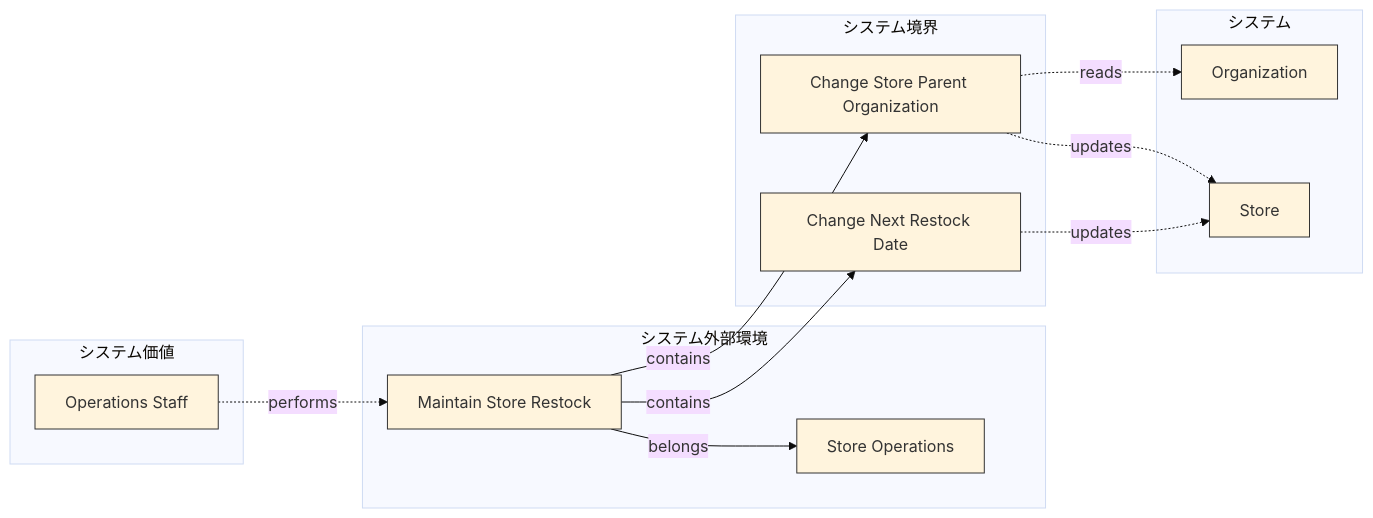
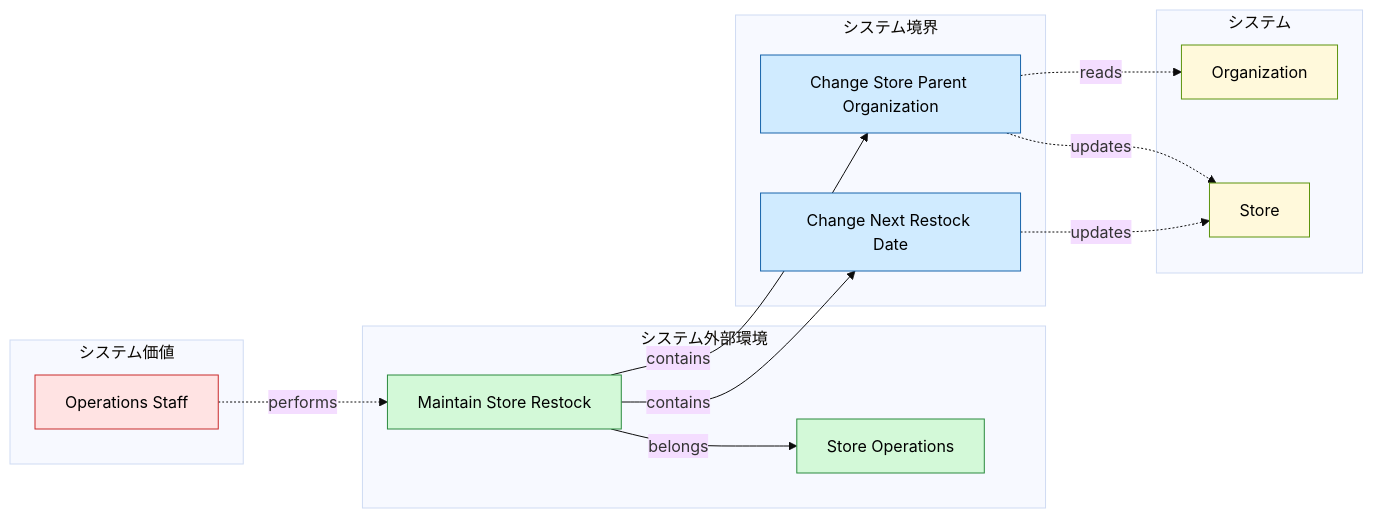
One commit to manji-0/rdra-ish-dsl changed the first of 2 diagrams in samples/incremental-order/step-2-data-touchpoints/design.md. Above: the diagram before and after it, drawn with Mermaid (base theme). The commit also changed 76 other files, not shown here.

First line of the commit message:
feat(cli): colour each RDRA element family in the flowchart diagrams

````diff
--- a/samples/incremental-order/step-2-data-touchpoints/design.md
+++ b/samples/incremental-order/step-2-data-touchpoints/design.md
@@ -48,36 +48,36 @@
 ```mermaid
 %% rdra-ish diagram=rdra scope=buc:BucStoreRestock model=samples/incremental-order/step-2-data-touchpoints/src
 %% layers: value=システム価値 environment=システム外部環境 boundary=システム境界 system=システム
 %% kinds: actor business buc usecase entity
 %% omitted: (none)
 flowchart LR
   subgraph layer_value["システム価値"]
     actor__OpsStaff["Operations Staff"]:::actor
   end
   subgraph layer_environment["システム外部環境"]
     business__StoreOperations["Store Operations"]:::business
     %% desc business__StoreOperations: Store operations owns restock planning and store master maintenance.
     buc__BucStoreRestock["Maintain Store Restock"]:::buc
     %% desc buc__BucStoreRestock: Keep restock dates and store organization assignments operationally correct.
   end
   subgraph layer_boundary["システム境界"]
     usecase__ChangeNextRestockDate["Change Next Restock Date"]:::usecase
     usecase__ChangeStoreParentOrganization["Change Store Parent Organization"]:::usecase
   end
   subgraph layer_system["システム"]
     entity__Organization["Organization"]:::entity
     entity__Store["Store"]:::entity
   end
   actor__OpsStaff -.->|performs| buc__BucStoreRestock
   buc__BucStoreRestock -->|belongs| business__StoreOperations
   buc__BucStoreRestock -->|contains| usecase__ChangeNextRestockDate
   buc__BucStoreRestock -->|contains| usecase__ChangeStoreParentOrganization
   usecase__ChangeNextRestockDate -.->|updates| entity__Store
   usecase__ChangeStoreParentOrganization -.->|reads| entity__Organization
   usecase__ChangeStoreParentOrganization -.->|updates| entity__Store
-  classDef actor stroke:#333;
-  classDef business stroke:#333;
-  classDef buc stroke:#333;
-  classDef usecase stroke:#333;
-  classDef entity stroke:#333;
+  classDef actor fill:#ffe3e3,stroke:#c92a2a,color:#000;
+  classDef business fill:#d3f9d8,stroke:#2b8a3e,color:#000;
+  classDef buc fill:#d3f9d8,stroke:#2b8a3e,color:#000;
+  classDef usecase fill:#d0ebff,stroke:#1864ab,color:#000;
+  classDef entity fill:#fff9db,stroke:#5c940d,color:#000;
 ```
````
